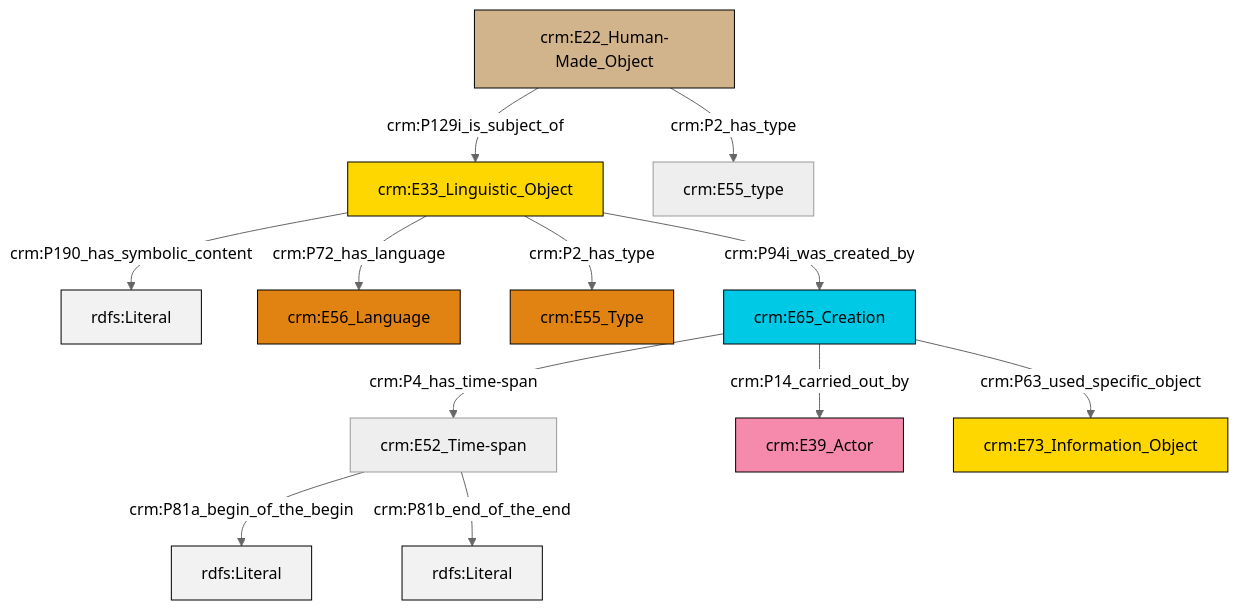
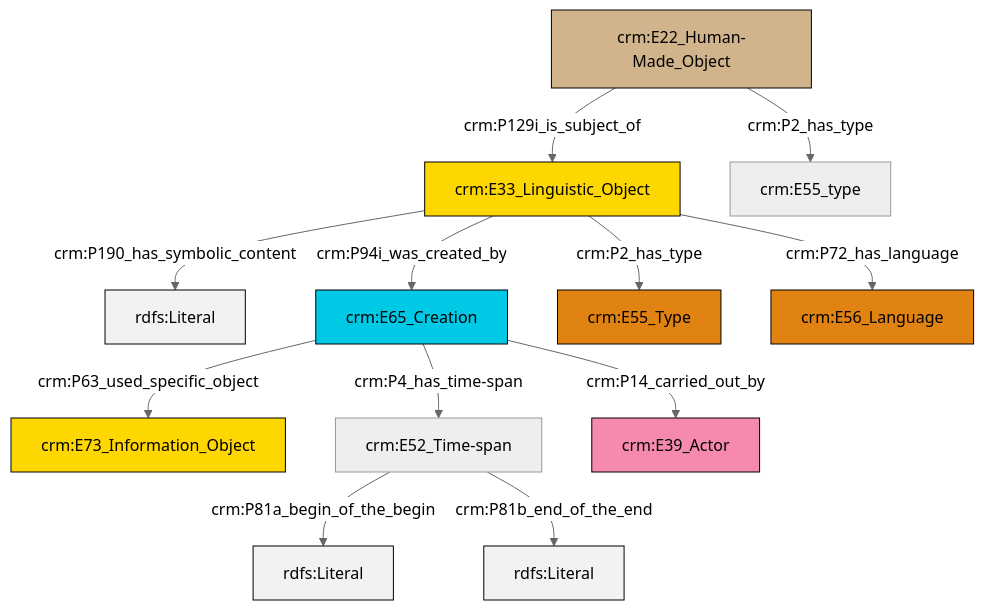
Before and after one commit to swiss-art-research-net/docs.swissartresearch: the diagram in et/builtWorkCSV/ttl/mmd/Built_Work_description.ttl.mmd, drawn with Mermaid (neutral theme). The commit also changed 180 other files, not shown here.

```diff
--- a/et/builtWorkCSV/ttl/mmd/Built_Work_description.ttl.mmd
+++ b/et/builtWorkCSV/ttl/mmd/Built_Work_description.ttl.mmd
@@ -1,26 +1,26 @@
 graph TD
 classDef Literal fill:#f2f2f2,stroke:#000000;
 classDef CRM_Entity fill:#FFFFFF,stroke:#000000;
 classDef Temporal_Entity fill:#00C9E6, stroke:#000000;
 classDef Type fill:#E18312, stroke:#000000;
 classDef Time-Span fill:#2C9C91, stroke:#000000;
 classDef Appellation fill:#FFEB7F, stroke:#000000;
 classDef Place fill:#008836, stroke:#000000;
 classDef Persistent_Item fill:#B266B2, stroke:#000000;
 classDef Conceptual_Object fill:#FFD700, stroke:#000000;
 classDef Physical_Thing fill:#D2B48C, stroke:#000000;
 classDef Actor fill:#f58aad, stroke:#000000;
 classDef PC_Classes fill:#4ce600, stroke:#000000;
 classDef Multi fill:#cccccc,stroke:#000000;
 
-2["crm:E52_Time-span"]:::Default -->|crm:P81a_begin_of_the_begin| 3[rdfs:Literal]:::Literal
-2["crm:E52_Time-span"]:::Default -->|crm:P81b_end_of_the_end| 4[rdfs:Literal]:::Literal
-0["crm:E33_Linguistic_Object"]:::Conceptual_Object -->|crm:P190_has_symbolic_content| 5[rdfs:Literal]:::Literal
+0["crm:E33_Linguistic_Object"]:::Conceptual_Object -->|crm:P190_has_symbolic_content| 1[rdfs:Literal]:::Literal
+2["crm:E22_Human-Made_Object"]:::Physical_Thing -->|crm:P129i_is_subject_of| 0["crm:E33_Linguistic_Object"]:::Conceptual_Object
+3["crm:E65_Creation"]:::Temporal_Entity -->|crm:P63_used_specific_object| 4["crm:E73_Information_Object"]:::Conceptual_Object
+0["crm:E33_Linguistic_Object"]:::Conceptual_Object -->|crm:P2_has_type| 5["crm:E55_Type"]:::Type
 0["crm:E33_Linguistic_Object"]:::Conceptual_Object -->|crm:P72_has_language| 6["crm:E56_Language"]:::Type
-0["crm:E33_Linguistic_Object"]:::Conceptual_Object -->|crm:P2_has_type| 9["crm:E55_Type"]:::Type
-12["crm:E22_Human-Made_Object"]:::Physical_Thing -->|crm:P2_has_type| 13["crm:E55_type"]:::Default
-14["crm:E65_Creation"]:::Temporal_Entity -->|crm:P63_used_specific_object| 15["crm:E73_Information_Object"]:::Conceptual_Object
-12["crm:E22_Human-Made_Object"]:::Physical_Thing -->|crm:P129i_is_subject_of| 0["crm:E33_Linguistic_Object"]:::Conceptual_Object
-0["crm:E33_Linguistic_Object"]:::Conceptual_Object -->|crm:P94i_was_created_by| 14["crm:E65_Creation"]:::Temporal_Entity
-14["crm:E65_Creation"]:::Temporal_Entity -->|crm:P14_carried_out_by| 7["crm:E39_Actor"]:::Actor
-14["crm:E65_Creation"]:::Temporal_Entity -->|crm:P4_has_time-span| 2["crm:E52_Time-span"]:::Default
+0["crm:E33_Linguistic_Object"]:::Conceptual_Object -->|crm:P94i_was_created_by| 3["crm:E65_Creation"]:::Temporal_Entity
+7["crm:E52_Time-span"]:::Default -->|crm:P81a_begin_of_the_begin| 10[rdfs:Literal]:::Literal
+7["crm:E52_Time-span"]:::Default -->|crm:P81b_end_of_the_end| 13[rdfs:Literal]:::Literal
+2["crm:E22_Human-Made_Object"]:::Physical_Thing -->|crm:P2_has_type| 11["crm:E55_type"]:::Default
+3["crm:E65_Creation"]:::Temporal_Entity -->|crm:P4_has_time-span| 7["crm:E52_Time-span"]:::Default
+3["crm:E65_Creation"]:::Temporal_Entity -->|crm:P14_carried_out_by| 14["crm:E39_Actor"]:::Actor
```
